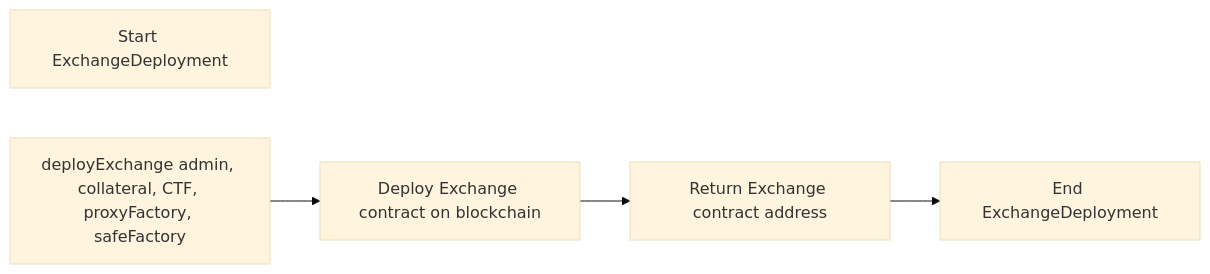
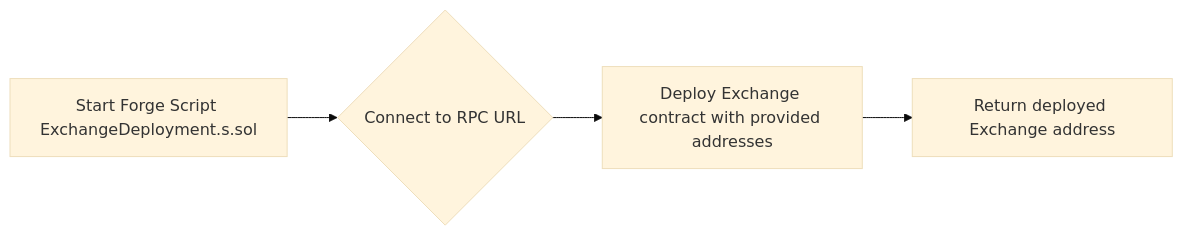
One commit to Omkar-Ghongade/Documentation-AI changed the second of 4 diagrams in ctf-exchange.md. Above: the diagram before and after it, drawn with Mermaid (base theme). The commit also changed other lines of this file, not shown here.

````diff
--- a/ctf-exchange.md
+++ b/ctf-exchange.md
@@ -89,8 +120,6 @@
 ```mermaid
 graph LR
-    A[Start ExchangeDeployment];
-    B[deployExchange admin, collateral, CTF, proxyFactory, safeFactory];
-    B --> C[Deploy Exchange contract on blockchain];
-    C --> D[Return Exchange contract address];
-    D --> E[End ExchangeDeployment];
+    A[Start Forge Script ExchangeDeployment.s.sol] --> B{Connect to RPC URL};
+    B --> C[Deploy Exchange contract with provided addresses];
+    C --> D[Return deployed Exchange address];
 ```
````
